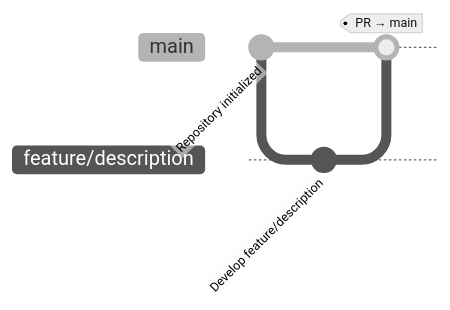
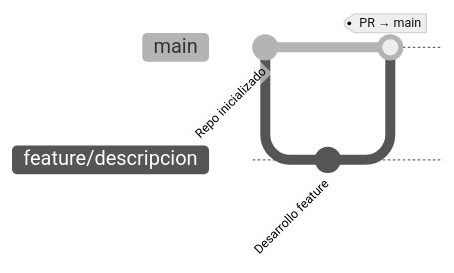
The first of 3 diagrams in README.md (domus-club/wiki), drawn with Mermaid (neutral theme) before and after one commit. The commit also changed other lines of this file, not shown here.

````diff
--- a/README.md
+++ b/README.md
@@ -69,8 +92,8 @@
 ```mermaid
 gitGraph
-    commit id: "Repository initialized"
-    branch feature/description
-    commit id: "Develop feature/description"
+    commit id:"Repo inicializado"
+    branch feature/descripcion
+    commit id:"Desarrollo feature"
     checkout main
-    merge feature/description tag: "PR → main"
+    merge feature/descripcion tag:"PR → main"
 ```
````
